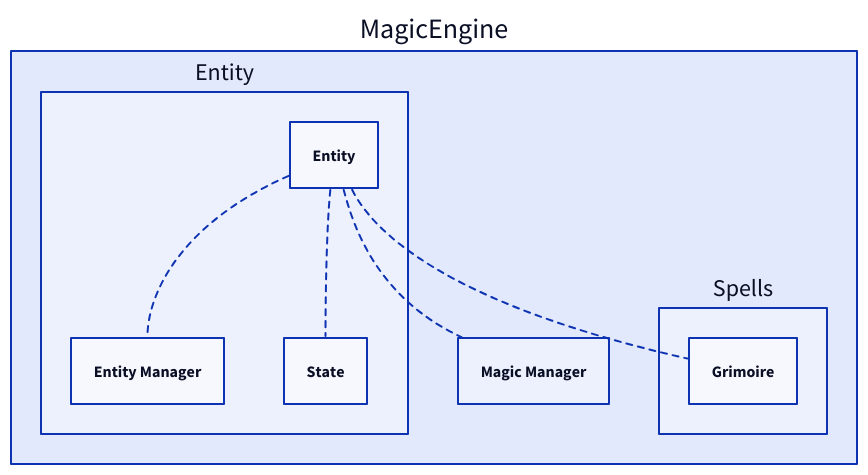
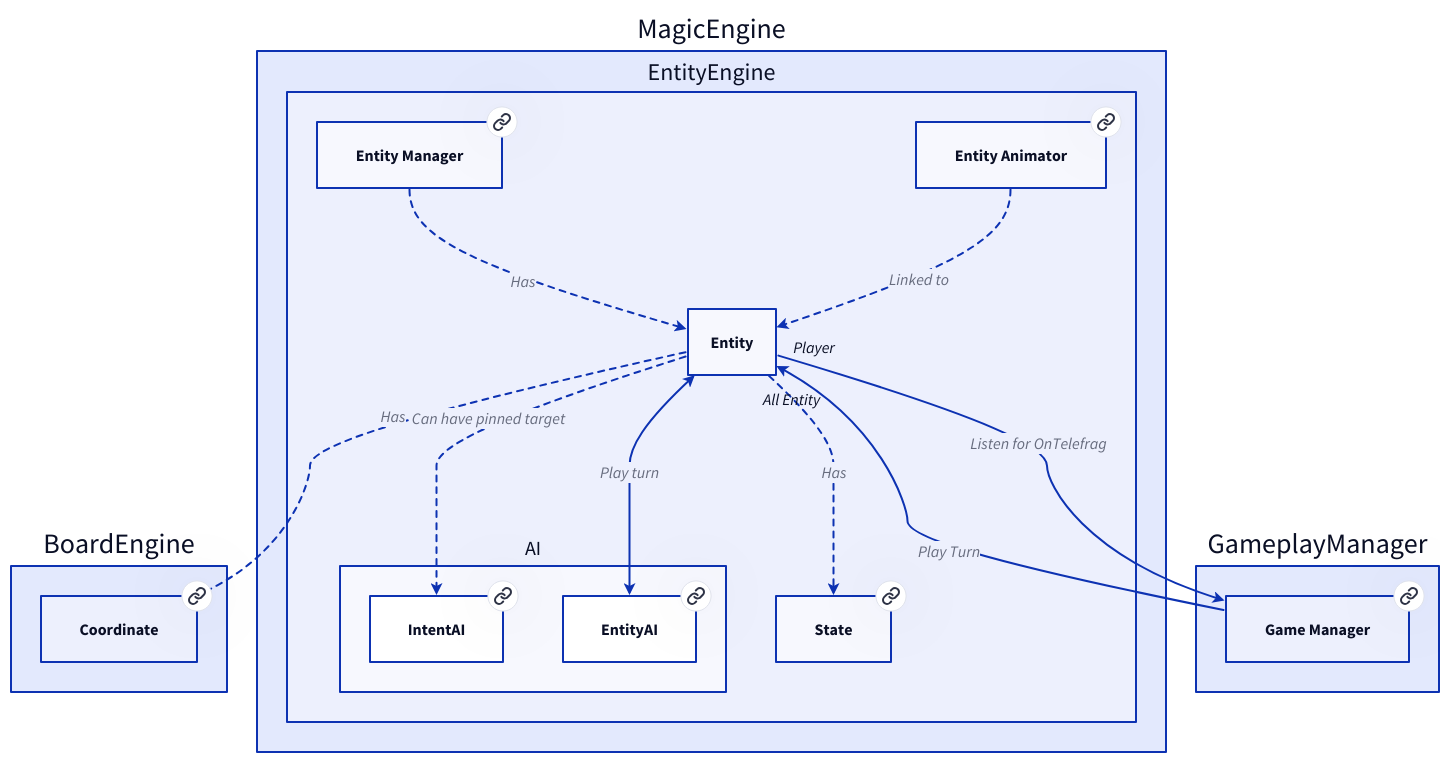
One commit to Portevent/Brume-Documentation changed the diagram in doc/doc_img/Entity.d2. Above: the diagram before and after it, drawn with D2. The commit also changed 88 other files, not shown here.

```diff
--- a/doc/doc_img/Entity.d2
+++ b/doc/doc_img/Entity.d2
@@ -1,18 +1,66 @@
 # Nodes :
+BoardEngine: {
+    Coordinate: Coordinate {
+       link: Coordinate
+    }
+}
 MagicEngine: {
-    Entity: {
-        EntityManager: Entity Manager
-        State: State
-        Entity: Entity
+    EntityEngine: {
+        EntityAnimator: Entity Animator {
+           link: EntityAnimator
+        }
+        EntityManager: Entity Manager {
+           link: EntityManager
+        }
+        AI: {
+            IntentAI: IntentAI {
+               link: IntentAI
+            }
+            EntityAI: EntityAI {
+               link: EntityAI
+            }
+        }
+        State: State {
+           link: State
+        }
     }
-    Spells: {
-        Grimoire: Grimoire
+}
+GameplayManager: {
+    GameManager: Game Manager {
+       link: GameManager
     }
-    MagicManager: Magic Manager
 }
 
 # Links :
-MagicEngine.Entity.Entity -- MagicEngine.Entity.EntityManager: {style.stroke-dash: 3}
-MagicEngine.Entity.Entity -- MagicEngine.Entity.State: {style.stroke-dash: 3}
-MagicEngine.Entity.Entity -- MagicEngine.Spells.Grimoire: {style.stroke-dash: 3}
-MagicEngine.Entity.Entity -- MagicEngine.MagicManager: {style.stroke-dash: 3}
+MagicEngine.EntityEngine.EntityAnimator -> MagicEngine.EntityEngine.Entity: Linked to {style.stroke-dash: 3
+source-arrowhead: {}
+target-arrowhead: {shape: arrow}
+}
+MagicEngine.EntityEngine.EntityManager -> MagicEngine.EntityEngine.Entity: Has {style.stroke-dash: 3
+source-arrowhead: {}
+target-arrowhead: {shape: arrow}
+}
+MagicEngine.EntityEngine.Entity -> MagicEngine.EntityEngine.AI.IntentAI: Can have pinned target {style.stroke-dash: 3
+source-arrowhead: {}
+target-arrowhead: {shape: arrow}
+}
+MagicEngine.EntityEngine.Entity <-> MagicEngine.EntityEngine.AI.EntityAI: Play turn {
+source-arrowhead: {shape: arrow}
+target-arrowhead: {shape: arrow}
+}
+MagicEngine.EntityEngine.Entity -> MagicEngine.EntityEngine.State: Has {style.stroke-dash: 3
+source-arrowhead: {}
+target-arrowhead: {shape: arrow}
+}
+MagicEngine.EntityEngine.Entity -> BoardEngine.Coordinate: Has {style.stroke-dash: 3
+source-arrowhead: {}
+target-arrowhead: {shape: arrow}
+}
+MagicEngine.EntityEngine.Entity -> GameplayManager.GameManager: Listen for OnTelefrag {
+source-arrowhead: Player{}
+target-arrowhead: {shape: arrow}
+}
+GameplayManager.GameManager -> MagicEngine.EntityEngine.Entity: Play Turn {
+source-arrowhead: {}
+target-arrowhead: All Entity{shape: arrow}
+}
```
